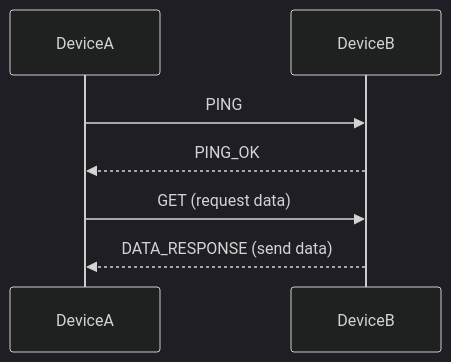
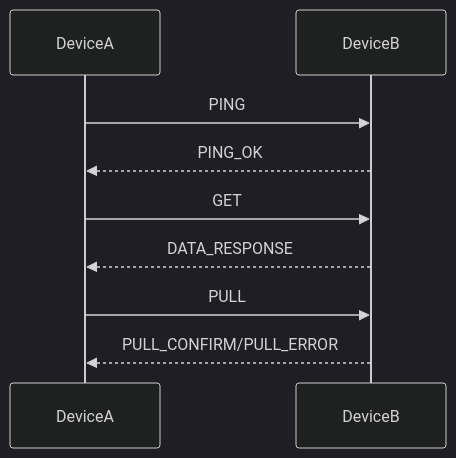
Before and after one commit to slpuk/easyhttp-python: the diagram in README.md, drawn with Mermaid (dark theme). The commit also changed other lines of this file and 1 other file, not shown here.

````diff
--- a/README.md
+++ b/README.md
@@ -80,11 +83,14 @@
 ```mermaid
 sequenceDiagram
     participant DeviceA
     participant DeviceB
     
     DeviceA->>DeviceB: PING
     DeviceB-->>DeviceA: PING_OK
     
-    DeviceA->>DeviceB: GET (request data)
-    DeviceB-->>DeviceA: DATA_RESPONSE (send data)
+    DeviceA->>DeviceB: GET
+    DeviceB-->>DeviceA: DATA_RESPONSE
+    
+    DeviceA->>DeviceB: PULL
+    DeviceB-->>DeviceA: PULL_CONFIRM/PULL_ERROR
 ```
````
